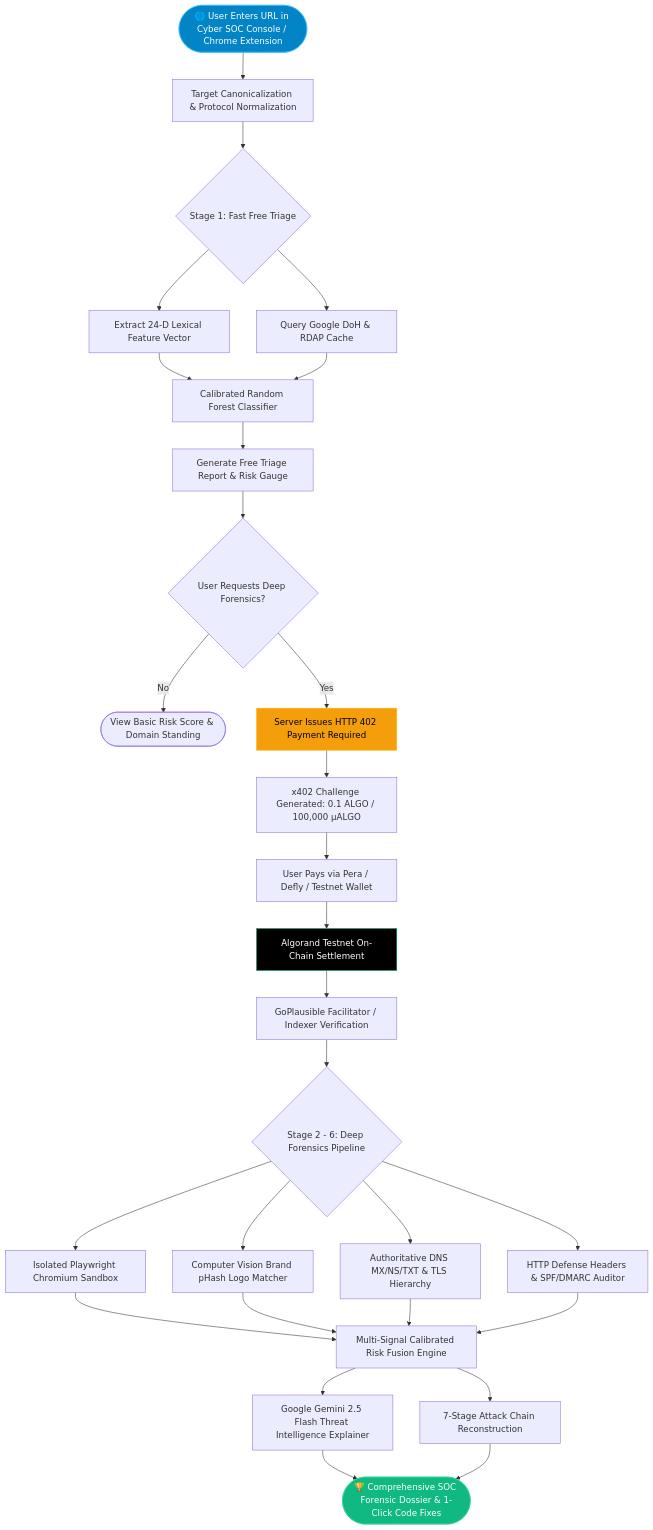
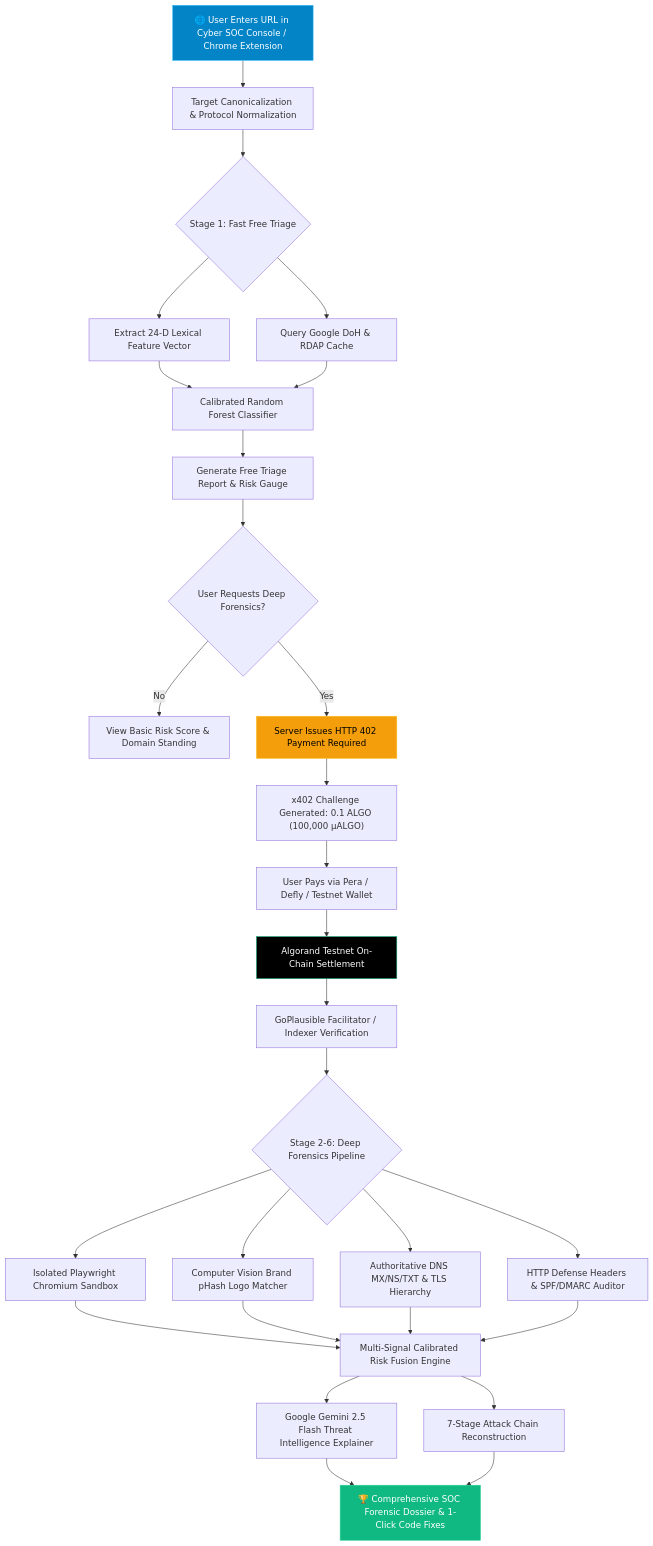
Before and after one commit to Ashutosh6226Tiwari/Cyberguard-AI: the first of 5 diagrams in README.md, drawn with Mermaid. The commit also changed other lines of this file, not shown here.

Commit message:
fix(docs): fix Mermaid diagram syntax errors and quote node labels for GitHub compatibility

````diff
--- a/README.md
+++ b/README.md
@@ -72,39 +72,44 @@
 ```mermaid
 flowchart TD
-    A([🌐 User Enters URL in Cyber SOC Console / Chrome Extension]) --> B[Target Canonicalization & Protocol Normalization]
+    A["🌐 User Enters URL in Cyber SOC Console / Chrome Extension"] --> B["Target Canonicalization & Protocol Normalization"]
     
-    B --> C{Stage 1: Fast Free Triage}
-    C --> D[Extract 24-D Lexical Feature Vector]
-    C --> E[Query Google DoH & RDAP Cache]
-    D & E --> F[Calibrated Random Forest Classifier]
+    B --> C{"Stage 1: Fast Free Triage"}
+    C --> D["Extract 24-D Lexical Feature Vector"]
+    C --> E["Query Google DoH & RDAP Cache"]
+    D --> F["Calibrated Random Forest Classifier"]
+    E --> F
     
-    F --> G[Generate Free Triage Report & Risk Gauge]
+    F --> G["Generate Free Triage Report & Risk Gauge"]
     
-    G --> H{User Requests Deep Forensics?}
-    H -- No --> I([View Basic Risk Score & Domain Standing])
-    H -- Yes --> J[Server Issues HTTP 402 Payment Required]
+    G --> H{"User Requests Deep Forensics?"}
+    H -- "No" --> I["View Basic Risk Score & Domain Standing"]
+    H -- "Yes" --> J["Server Issues HTTP 402 Payment Required"]
     
-    J --> K[x402 Challenge Generated: 0.1 ALGO / 100,000 µALGO]
-    K --> L[User Pays via Pera / Defly / Testnet Wallet]
-    L --> M[Algorand Testnet On-Chain Settlement]
-    M --> N[GoPlausible Facilitator / Indexer Verification]
+    J --> K["x402 Challenge Generated: 0.1 ALGO (100,000 µALGO)"]
+    K --> L["User Pays via Pera / Defly / Testnet Wallet"]
+    L --> M["Algorand Testnet On-Chain Settlement"]
+    M --> N["GoPlausible Facilitator / Indexer Verification"]
     
-    N --> O{Stage 2 - 6: Deep Forensics Pipeline}
+    N --> O{"Stage 2-6: Deep Forensics Pipeline"}
     
-    O --> P1[Isolated Playwright Chromium Sandbox]
-    O --> P2[Computer Vision Brand pHash Logo Matcher]
-    O --> P3[Authoritative DNS MX/NS/TXT & TLS Hierarchy]
-    O --> P4[HTTP Defense Headers & SPF/DMARC Auditor]
+    O --> P1["Isolated Playwright Chromium Sandbox"]
+    O --> P2["Computer Vision Brand pHash Logo Matcher"]
+    O --> P3["Authoritative DNS MX/NS/TXT & TLS Hierarchy"]
+    O --> P4["HTTP Defense Headers & SPF/DMARC Auditor"]
     
-    P1 & P2 & P3 & P4 --> Q[Multi-Signal Calibrated Risk Fusion Engine]
+    P1 --> Q["Multi-Signal Calibrated Risk Fusion Engine"]
+    P2 --> Q
+    P3 --> Q
+    P4 --> Q
     
-    Q --> R[Google Gemini 2.5 Flash Threat Intelligence Explainer]
-    Q --> S[7-Stage Attack Chain Reconstruction]
+    Q --> R["Google Gemini 2.5 Flash Threat Intelligence Explainer"]
+    Q --> S["7-Stage Attack Chain Reconstruction"]
     
-    R & S --> T([🏆 Comprehensive SOC Forensic Dossier & 1-Click Code Fixes])
+    R --> T["🏆 Comprehensive SOC Forensic Dossier & 1-Click Code Fixes"]
+    S --> T
 
     style A fill:#0284c7,stroke:#38bdf8,color:#fff
     style J fill:#f59e0b,stroke:#fbbf24,color:#000
     style M fill:#000000,stroke:#10b981,color:#fff
     style T fill:#10b981,stroke:#34d399,color:#fff
 ```
````
